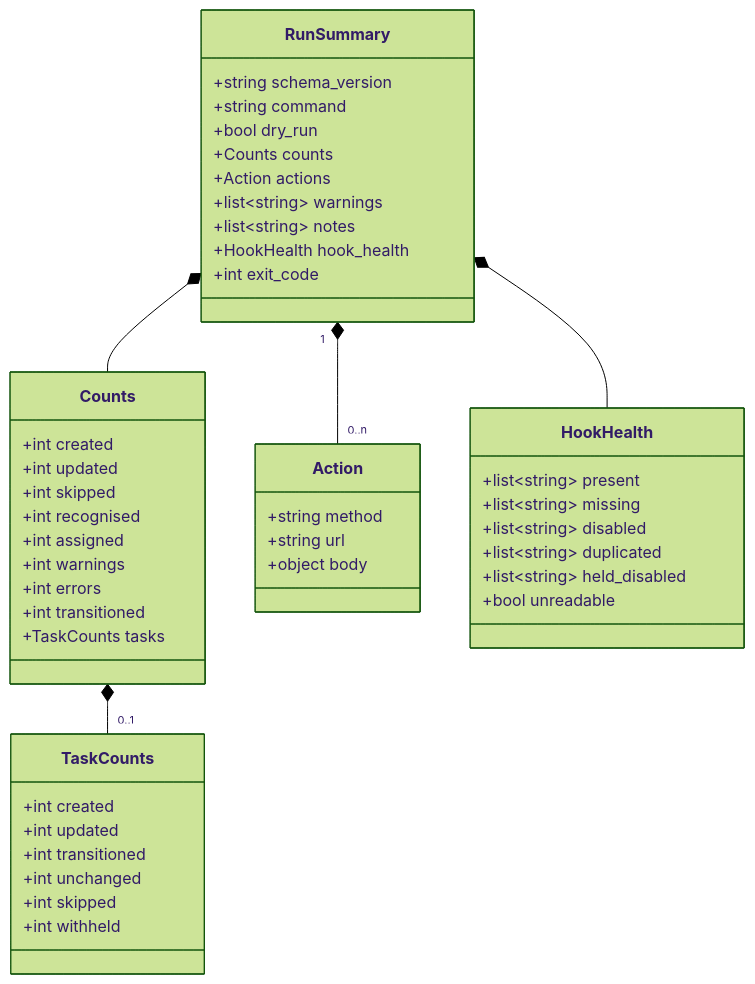
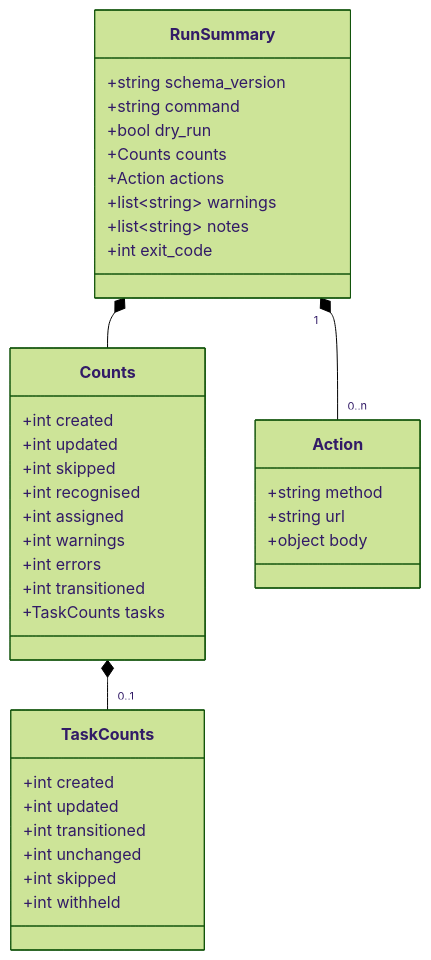
The sixth of 6 diagrams in docs/05-reconcile-flow.md (Fyloss/spec-kit-jira), drawn with Mermaid (forest theme) before and after one commit. The commit also changed other lines of this file and 86 other files, not shown here.

````diff
--- a/docs/05-reconcile-flow.md
+++ b/docs/05-reconcile-flow.md
@@ -374,56 +374,45 @@
 ```mermaid
 classDiagram
     class RunSummary {
         +string schema_version
         +string command
         +bool dry_run
         +Counts counts
         +Action actions
         +list~string~ warnings
         +list~string~ notes
-        +HookHealth hook_health
         +int exit_code
     }
 
     class Counts {
         +int created
         +int updated
         +int skipped
         +int recognised
         +int assigned
         +int warnings
         +int errors
         +int transitioned
         +TaskCounts tasks
     }
 
     class TaskCounts {
         +int created
         +int updated
         +int transitioned
         +int unchanged
         +int skipped
         +int withheld
     }
 
     Counts *-- "0..1" TaskCounts
 
     class Action {
         +string method
         +string url
         +object body
     }
 
-    class HookHealth {
-        +list~string~ present
-        +list~string~ missing
-        +list~string~ disabled
-        +list~string~ duplicated
-        +list~string~ held_disabled
-        +bool unreadable
-    }
-
     RunSummary *-- Counts
     RunSummary "1" *-- "0..n" Action
-    RunSummary *-- HookHealth
 ```
````
